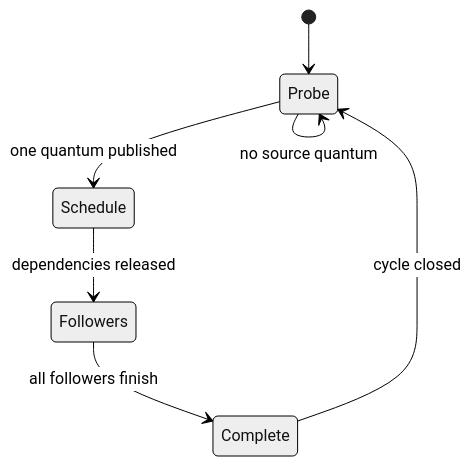
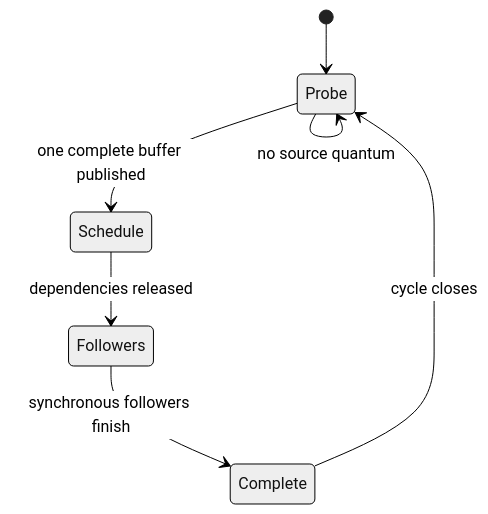
One commit to DarrylGamroth/pipewireao-spa-plugin-fits changed the third of 3 diagrams in docs/scheduled-node-migration.md. Above: the diagram before and after it, drawn with Mermaid (neutral theme). The commit also changed other lines of this file and 47 other files, not shown here.

````diff
--- a/docs/scheduled-node-migration.md
+++ b/docs/scheduled-node-migration.md
@@ -96,9 +135,9 @@
 ```mermaid
 stateDiagram-v2
     [*] --> Probe
     Probe --> Probe: no source quantum
-    Probe --> Schedule: one quantum published
+    Probe --> Schedule: one complete buffer published
     Schedule --> Followers: dependencies released
-    Followers --> Complete: all followers finish
-    Complete --> Probe: cycle closed
+    Followers --> Complete: synchronous followers finish
+    Complete --> Probe: cycle closes
 ```
````
